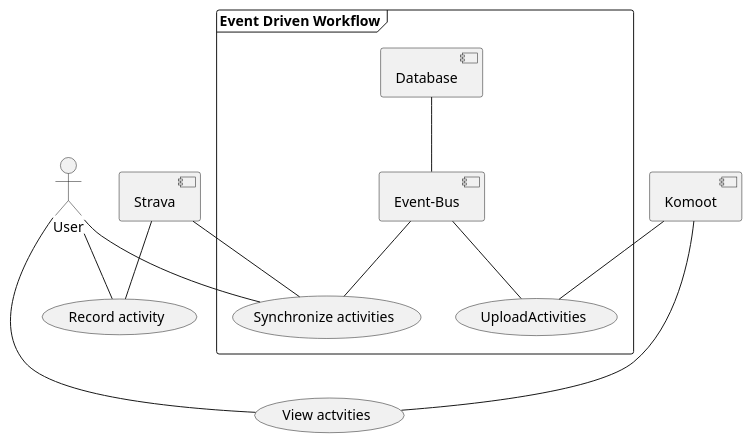
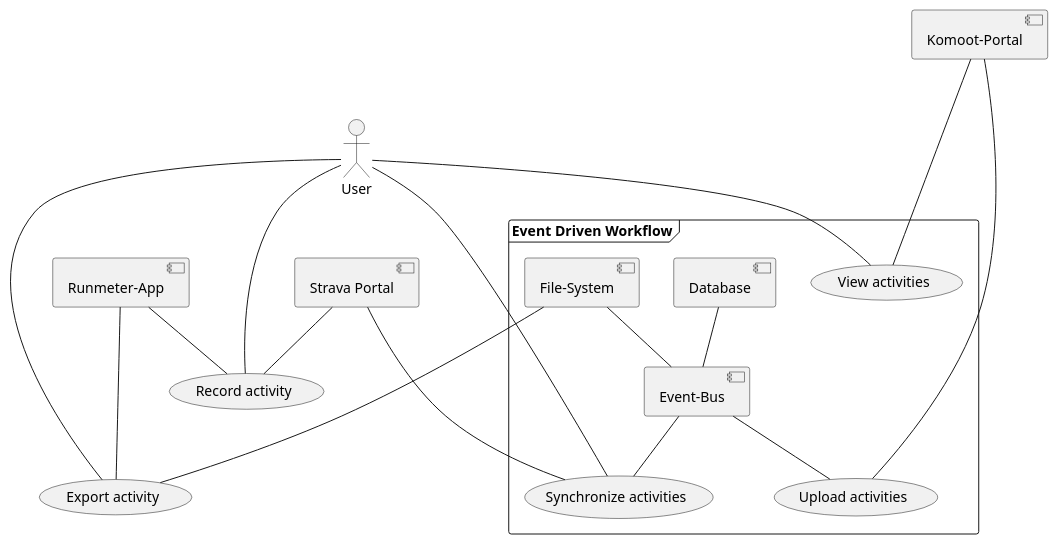
Before and after one commit to CC21-EDW/documentation: the diagram in arc42/03-System Scope and Context/business-context.puml, drawn with PlantUML.

Commit message:
added file system as component

```diff
--- a/arc42/03-System Scope and Context/business-context.puml
+++ b/arc42/03-System Scope and Context/business-context.puml
@@ -1,21 +1,43 @@
 @startuml
 'https://plantuml.com/use-case-diagram
 
+User as User
+(Record activity) as (Record)
+
 frame "Event Driven Workflow"{
-    [Database] -- [Event-Bus]
-    [Event-Bus] -- (Synchronize activities)
-    [Event-Bus] -- (UploadActivities)
+    (Synchronize activities) as (Synchronize)
+    (Upload activities) as (Upload)
+    (View activities) as (View)
+
+    [Database] as [DB]
+    [Event-Bus] as [Kafka]
+    [File-System] as [Files]
+
+    [DB] -- [Kafka]
+    [Files] -- [Kafka]
+    [Kafka] -- (Synchronize)
+    [Kafka] -- (Upload)
 }
 
-User - (Record activity)
-[Strava] -- (Record activity)
+(Export activity) as (Export)
 
-User -- (Synchronize activities)
-[Strava] -- (Synchronize activities)
+[Runmeter-App] as [Runmeter]
+[Strava Portal] as [Strava]
+[Komoot-Portal] as [Komoot]
 
-User -- (View actvities)
-[Komoot] --- (View actvities)
+User - (Record)
+[Strava] -- (Record)
+[Runmeter] -- (Record)
 
-[Komoot] -- (UploadActivities)
+User -- (Synchronize)
+[Strava] -- (Synchronize)
 
+User -- (View)
+[Komoot] --- (View)
+
+[Komoot] -- (Upload)
+
+User - (Export)
+[Runmeter] --- (Export)
+[Files] --- (Export)
 @enduml
```
